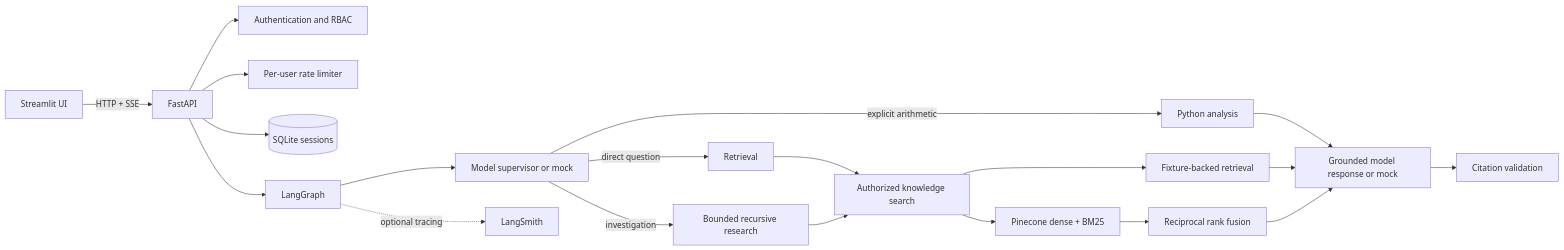
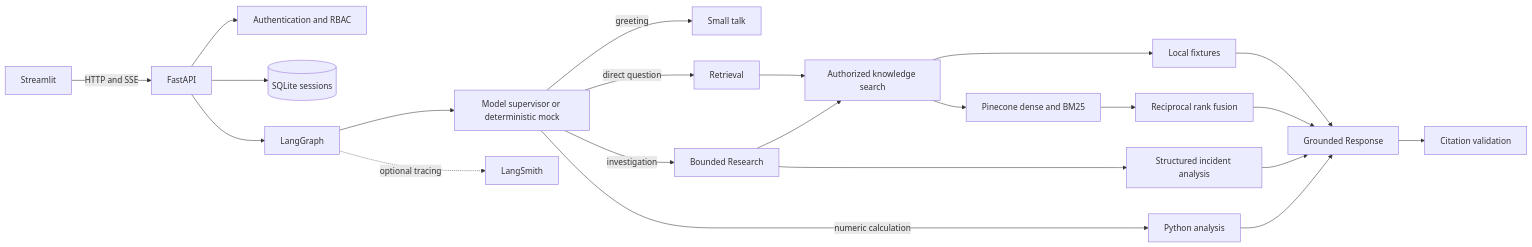
One commit to Thavarshan/enterprise-knowledge-assistant changed the diagram in README.md. Above: the diagram before and after it, drawn with Mermaid. The commit also changed other lines of this file and 17 other files, not shown here.

````diff
--- a/README.md
+++ b/README.md
@@ -10,22 +10,24 @@
 ```mermaid
 flowchart LR
-    UI[Streamlit UI] -->|HTTP + SSE| API[FastAPI]
+    UI[Streamlit] -->|HTTP and SSE| API[FastAPI]
     API --> AUTH[Authentication and RBAC]
-    API --> LIMIT[Per-user rate limiter]
     API --> MEM[(SQLite sessions)]
     API --> GRAPH[LangGraph]
-    GRAPH --> SUP[Model supervisor or mock]
+    GRAPH --> SUP[Model supervisor or deterministic mock]
+    SUP -->|greeting| SMALL[Small talk]
     SUP -->|direct question| RET[Retrieval]
-    SUP -->|investigation| RES[Bounded recursive research]
-    SUP -->|explicit arithmetic| ANA[Python analysis]
+    SUP -->|investigation| RES[Bounded Research]
+    SUP -->|numeric calculation| ANA[Python analysis]
     RET --> TOOL[Authorized knowledge search]
     RES --> TOOL
+    RES --> IANA[Structured incident analysis]
+    TOOL --> FIXTURE[Local fixtures]
+    TOOL --> HYBRID[Pinecone dense and BM25]
+    HYBRID --> RRF[Reciprocal rank fusion]
+    FIXTURE --> RESP[Grounded Response]
+    RRF --> RESP
+    IANA --> RESP
     ANA --> RESP
-    TOOL --> MOCK[Fixture-backed retrieval]
-    TOOL --> HYBRID[Pinecone dense + BM25]
-    HYBRID --> RRF[Reciprocal rank fusion]
-    MOCK --> RESP[Grounded model response or mock]
-    RRF --> RESP
-    RESP --> VAL[Citation validation]
+    RESP --> VALIDATE[Citation validation]
     GRAPH -. optional tracing .-> LS[LangSmith]
 ```
````
